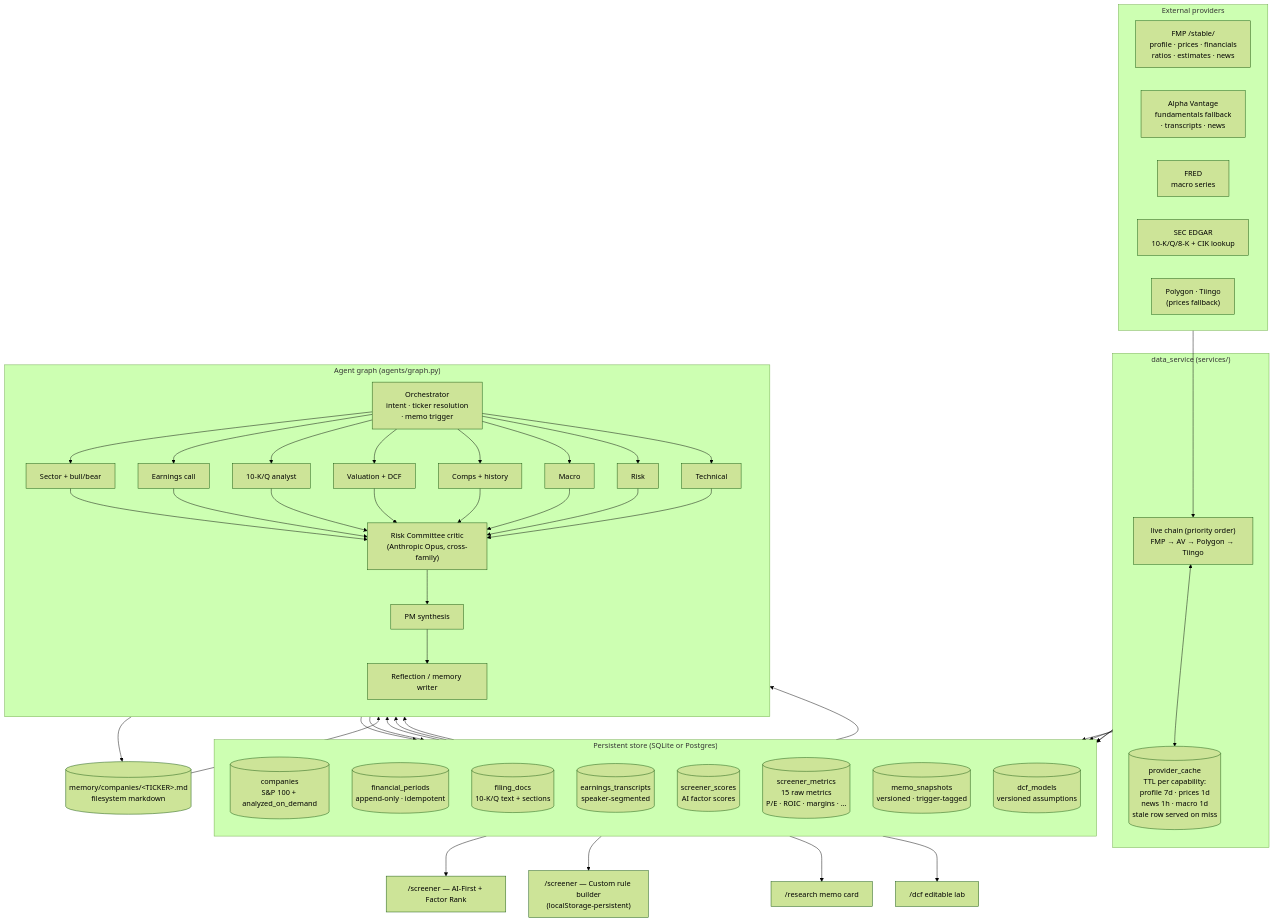
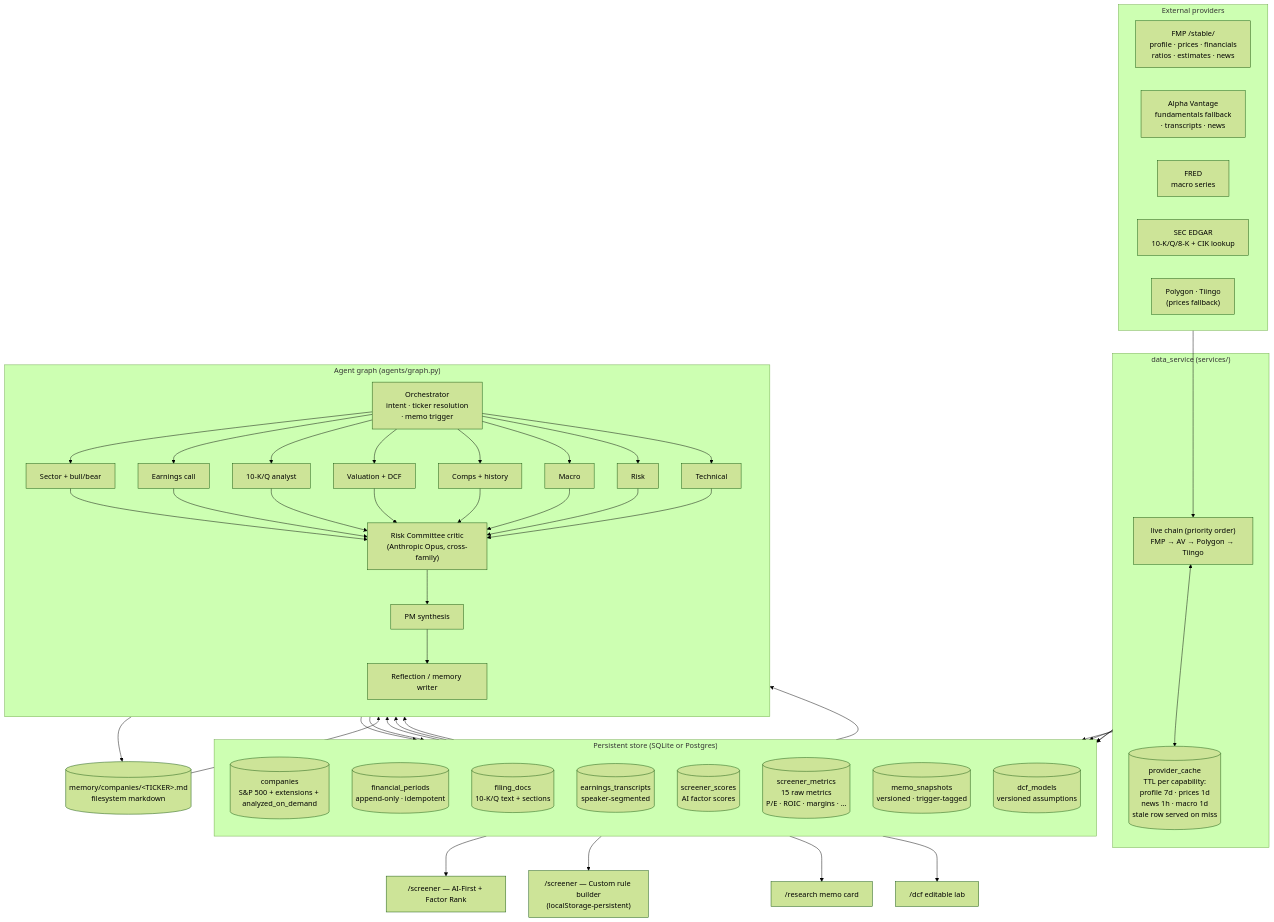
Before and after one commit to JaredECohen/stock-research-platform: the diagram in README.md, drawn with Mermaid (forest theme). The commit also changed other lines of this file and 15 other files, not shown here.

````diff
--- a/README.md
+++ b/README.md
@@ -46,64 +47,64 @@
 ```mermaid
 flowchart TB
     subgraph SRC["External providers"]
         FMP["FMP /stable/<br/>profile · prices · financials<br/>ratios · estimates · news"]
         AV["Alpha Vantage<br/>fundamentals fallback<br/>· transcripts · news"]
         FRED["FRED<br/>macro series"]
         SEC["SEC EDGAR<br/>10-K/Q/8-K + CIK lookup"]
         POLY["Polygon · Tiingo<br/>(prices fallback)"]
     end
 
     subgraph DS["data_service (services/)"]
         CHAIN["live chain (priority order)<br/>FMP → AV → Polygon → Tiingo"]
         PC[("provider_cache<br/>TTL per capability:<br/>profile 7d · prices 1d<br/>news 1h · macro 1d<br/>stale row served on miss")]
     end
 
     SRC --> CHAIN
     CHAIN <--> PC
 
     subgraph DB["Persistent store (SQLite or Postgres)"]
         direction TB
-        COMP[("companies<br/>S&amp;P 100 + analyzed_on_demand")]
+        COMP[("companies<br/>S&amp;P 500 + extensions + analyzed_on_demand")]
         FP[("financial_periods<br/>append-only · idempotent")]
         FD[("filing_docs<br/>10-K/Q text + sections")]
         ET[("earnings_transcripts<br/>speaker-segmented")]
         SS[("screener_scores<br/>AI factor scores")]
         SM[("screener_metrics<br/>15 raw metrics<br/>P/E · ROIC · margins · …")]
         MS[("memo_snapshots<br/>versioned · trigger-tagged")]
         DCF[("dcf_models<br/>versioned assumptions")]
     end
 
     DS --> COMP & FP & FD & ET
 
     subgraph AG["Agent graph (agents/graph.py)"]
         direction TB
         PM["Orchestrator<br/>intent · ticker resolution<br/>· memo trigger"]
         SECT["Sector + bull/bear"]
         EARN["Earnings call"]
         FIL["10-K/Q analyst"]
         VAL["Valuation + DCF"]
         CMP["Comps + history"]
         MAC["Macro"]
         RSK["Risk"]
         TECH["Technical"]
         CRIT["Risk Committee critic<br/>(Anthropic Opus, cross-family)"]
         SYN["PM synthesis"]
         REFL["Reflection / memory writer"]
 
         PM --> SECT & EARN & FIL & VAL & CMP & MAC & RSK & TECH
         SECT & EARN & FIL & VAL & CMP & MAC & RSK & TECH --> CRIT
         CRIT --> SYN
         SYN --> REFL
     end
 
     FP & FD & ET & COMP --> AG
     MEM[("memory/companies/&lt;TICKER&gt;.md<br/>filesystem markdown")] --> AG
     REFL --> MEM
     SYN --> MS
     VAL --> DCF
 
     SS --> UI1["/screener — AI-First + Factor Rank"]
     SM --> UI2["/screener — Custom rule builder<br/>(localStorage-persistent)"]
     MS --> UI3["/research memo card"]
     DCF --> UI4["/dcf editable lab"]
 ```
````
